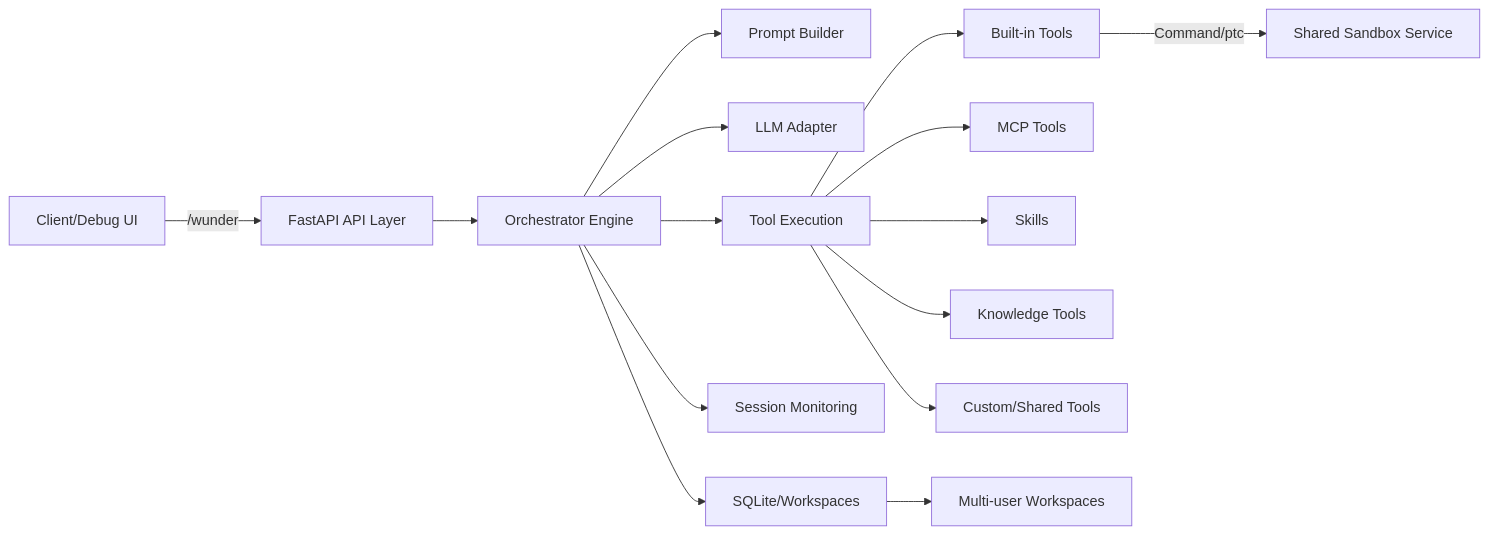
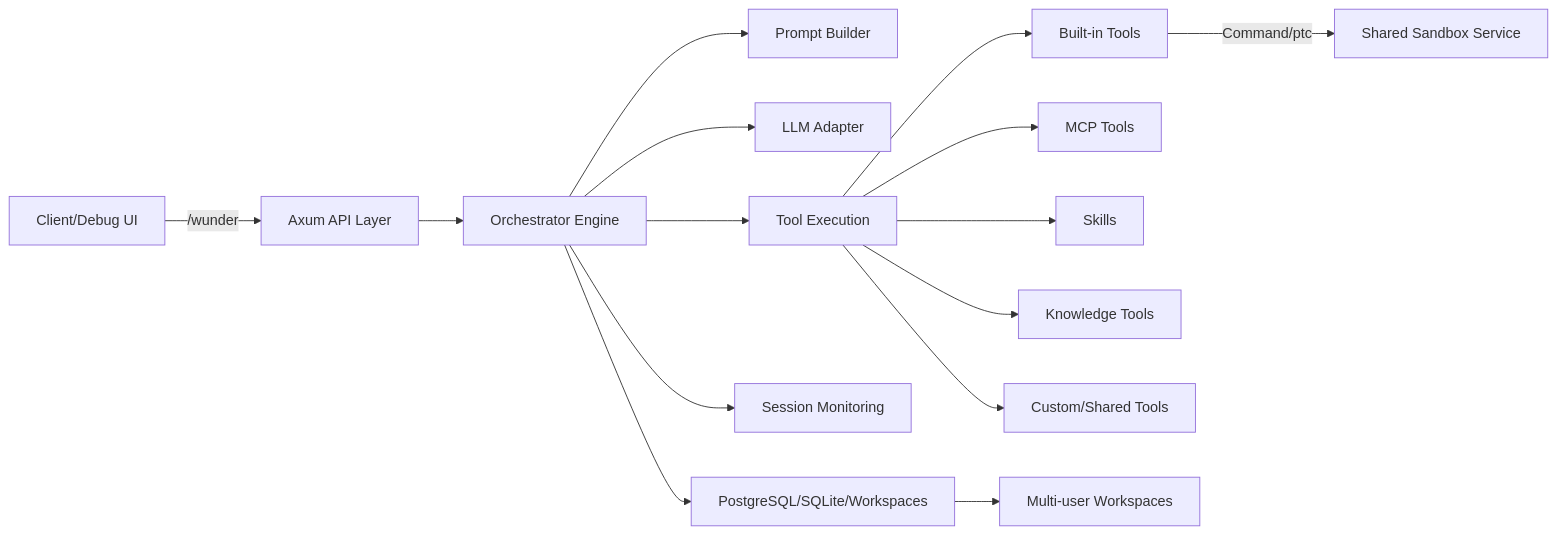
The diagram in docs/diagrams/system-intro-en/01-system-components.mmd (ylsdamxssjxxdd/wunder), drawn with Mermaid before and after one commit. The commit also changed 68 other files, not shown here.

```diff
--- a/docs/diagrams/system-intro-en/01-system-components.mmd
+++ b/docs/diagrams/system-intro-en/01-system-components.mmd
@@ -1,15 +1,15 @@
 flowchart LR
-  Client[Client/Debug UI] -->|/wunder| API[FastAPI API Layer]
+  Client[Client/Debug UI] -->|/wunder| API[Axum API Layer]
   API --> Orchestrator[Orchestrator Engine]
   Orchestrator --> Prompt[Prompt Builder]
   Orchestrator --> LLM[LLM Adapter]
   Orchestrator --> Tools[Tool Execution]
   Tools --> Builtin[Built-in Tools]
   Tools --> MCP[MCP Tools]
   Tools --> Skills[Skills]
   Tools --> KB[Knowledge Tools]
   Tools --> UserTools[Custom/Shared Tools]
   Builtin -->|Command/ptc| Sandbox[Shared Sandbox Service]
   Orchestrator --> Monitor[Session Monitoring]
-  Orchestrator --> Storage[SQLite/Workspaces]
+  Orchestrator --> Storage[PostgreSQL/SQLite/Workspaces]
   Storage --> Workspaces[Multi-user Workspaces]
```
